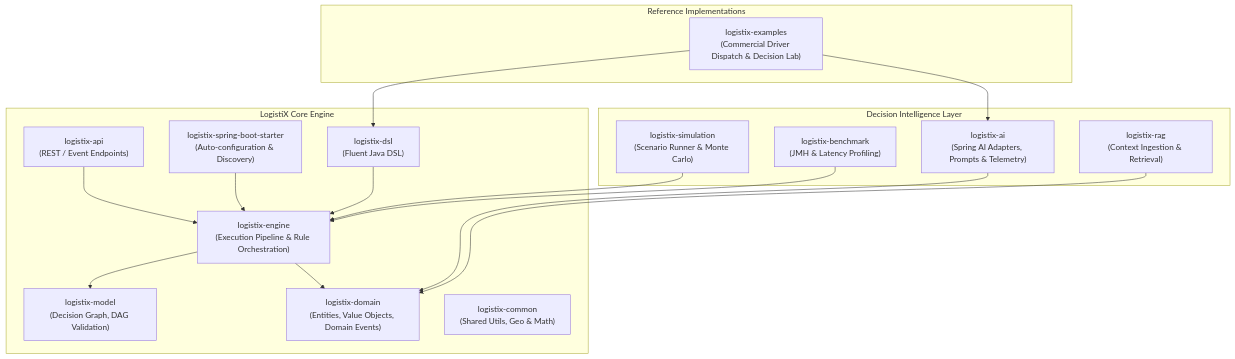
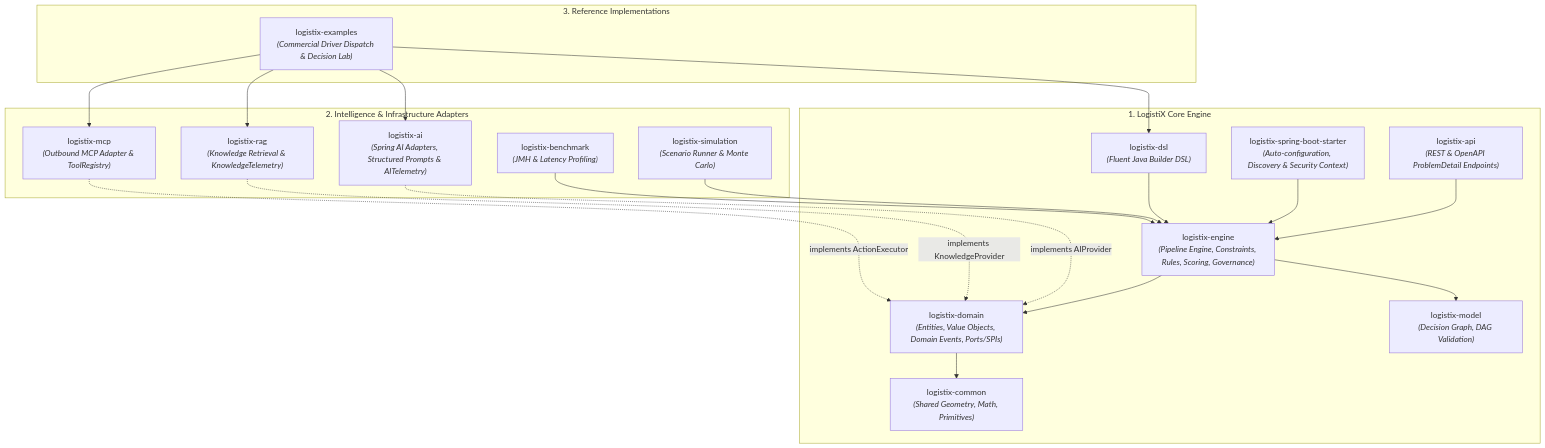
The first of 3 diagrams in architecture/ARCHITECTURE.md (venukommu/LogistiX), drawn with Mermaid before and after one commit. The commit also changed other lines of this file and 2 other files, not shown here.

First line of the commit message:
docs: overhaul README and ARCHITECTURE documentation for v0.1.0 reference baseline

````diff
--- a/architecture/ARCHITECTURE.md
+++ b/architecture/ARCHITECTURE.md
@@ -5,35 +7,40 @@
 ```mermaid
 flowchart TB
-    subgraph Core ["LogistiX Core Engine"]
-        API["logistix-api<br/>(REST / Event Endpoints)"]
-        STARTER["logistix-spring-boot-starter<br/>(Auto-configuration & Discovery)"]
-        ENGINE["logistix-engine<br/>(Execution Pipeline & Rule Orchestration)"]
-        DSL["logistix-dsl<br/>(Fluent Java DSL)"]
-        MODEL["logistix-model<br/>(Decision Graph, DAG Validation)"]
-        DOMAIN["logistix-domain<br/>(Entities, Value Objects, Domain Events)"]
-        COMMON["logistix-common<br/>(Shared Utils, Geo & Math)"]
+    subgraph Core ["1. LogistiX Core Engine"]
+        DOMAIN["logistix-domain<br/><i>(Entities, Value Objects, Domain Events, Ports/SPIs)</i>"]
+        COMMON["logistix-common<br/><i>(Shared Geometry, Math, Primitives)</i>"]
+        MODEL["logistix-model<br/><i>(Decision Graph, DAG Validation)</i>"]
+        ENGINE["logistix-engine<br/><i>(Pipeline Engine, Constraints, Rules, Scoring, Governance)</i>"]
+        DSL["logistix-dsl<br/><i>(Fluent Java Builder DSL)</i>"]
+        STARTER["logistix-spring-boot-starter<br/><i>(Auto-configuration, Discovery & Security Context)</i>"]
+        API["logistix-api<br/><i>(REST & OpenAPI ProblemDetail Endpoints)</i>"]
     end
 
-    subgraph Intelligence ["Decision Intelligence Layer"]
-        AI["logistix-ai<br/>(Spring AI Adapters, Prompts & Telemetry)"]
-        RAG["logistix-rag<br/>(Context Ingestion & Retrieval)"]
-        SIM["logistix-simulation<br/>(Scenario Runner & Monte Carlo)"]
-        BENCH["logistix-benchmark<br/>(JMH & Latency Profiling)"]
+    subgraph Adapters ["2. Intelligence & Infrastructure Adapters"]
+        AI["logistix-ai<br/><i>(Spring AI Adapters, Structured Prompts & AITelemetry)</i>"]
+        RAG["logistix-rag<br/><i>(Knowledge Retrieval & KnowledgeTelemetry)</i>"]
+        MCP["logistix-mcp<br/><i>(Outbound MCP Adapter & ToolRegistry)</i>"]
+        SIM["logistix-simulation<br/><i>(Scenario Runner & Monte Carlo)</i>"]
+        BENCH["logistix-benchmark<br/><i>(JMH & Latency Profiling)</i>"]
     end
 
-    subgraph Solutions ["Reference Implementations"]
-        EXAMPLES["logistix-examples<br/>(Commercial Driver Dispatch & Decision Lab)"]
+    subgraph Solutions ["3. Reference Implementations"]
+        EXAMPLES["logistix-examples<br/><i>(Commercial Driver Dispatch & Decision Lab)</i>"]
     end
 
     API --> ENGINE
     STARTER --> ENGINE
     ENGINE --> MODEL
     ENGINE --> DOMAIN
+    DOMAIN --> COMMON
     DSL --> ENGINE
-    AI --> DOMAIN
-    RAG --> DOMAIN
+    AI -. implements AIProvider .-> DOMAIN
+    RAG -. implements KnowledgeProvider .-> DOMAIN
+    MCP -. implements ActionExecutor .-> DOMAIN
     SIM --> ENGINE
     BENCH --> ENGINE
     EXAMPLES --> DSL
     EXAMPLES --> AI
+    EXAMPLES --> RAG
+    EXAMPLES --> MCP
 ```
````
